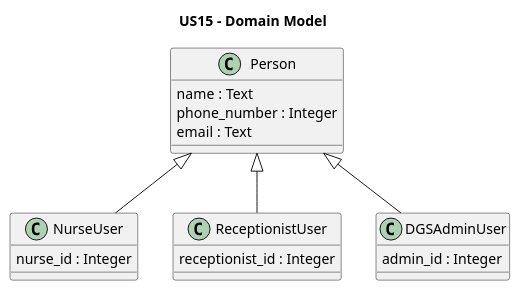
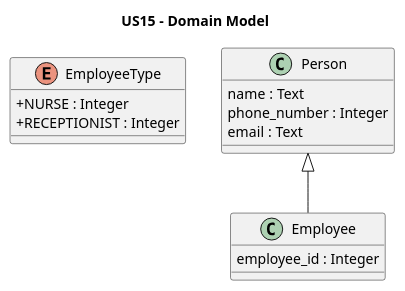
The diagram in docs/system-documentation/US15/puml/US15-DM.puml (pedroguilherme-web/leti-esoft-25-26-A1), drawn with PlantUML before and after one commit. The commit also changed 12 other files, not shown here.

Commit message:
Miguel e Lucas: - Adicionados os métodos getNurseList e getReceptionistList ao EmployeeContainer.h e EmployeeContainer.cpp e feitas pequenas alterações no Employee.h - Removido tudo sobre NurseContainer e ReceptionistContainer - Alteradas informações nas US14 e US15

```diff
--- a/docs/system-documentation/US15/puml/US15-DM.puml
+++ b/docs/system-documentation/US15/puml/US15-DM.puml
@@ -1,25 +1,20 @@
 @startuml
 ' US15 Domain Model Excerpt
 title US15 - Domain Model
 
 skinparam classAttributeIconSize 0
+enum EmployeeType {
+    + NURSE : Integer
+    + RECEPTIONIST : Integer
+}
 
 class Person {
   name : Text
   phone_number : Integer
   email : Text
 }
 
-class NurseUser extends Person {
-  nurse_id : Integer
+class Employee extends Person {
+    employee_id : Integer
 }
-
-class ReceptionistUser extends Person{
-  receptionist_id : Integer
-}
-
-class DGSAdminUser extends Person{
-  admin_id : Integer
-}
-
 @enduml
```
